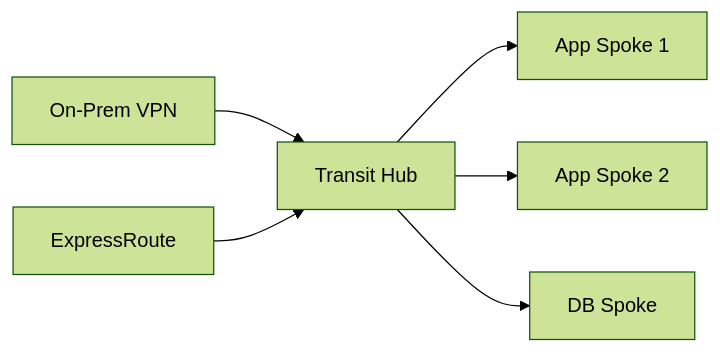
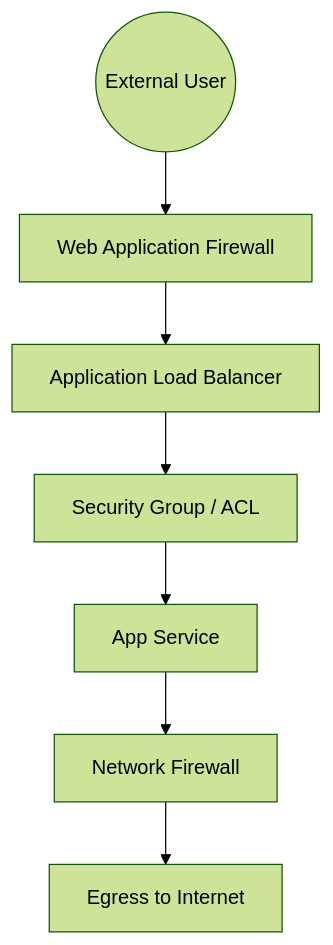
Before and after one commit to Devopstrio/terraform-enterprise-networking: the fourth of 11 diagrams in README.md, drawn with Mermaid (forest theme). The commit also changed other lines of this file, not shown here.

Commit message:
docs: implement 11+ professional architecture diagrams for enterprise networking

````diff
--- a/README.md
+++ b/README.md
@@ -84,8 +137,9 @@
 ```mermaid
-graph LR
-    Hub[Transit Hub] --> Spoke1[App Spoke 1]
-    Hub --> Spoke2[App Spoke 2]
-    Hub --> Spoke3[DB Spoke]
-    VPN[On-Prem VPN] --> Hub
-    ER[ExpressRoute] --> Hub
+graph TD
+    User((External User)) --> WAF[Web Application Firewall]
+    WAF --> LB[Application Load Balancer]
+    LB --> NSG[Security Group / ACL]
+    NSG --> App[App Service]
+    App --> FW[Network Firewall]
+    FW --> External[Egress to Internet]
 ```
````
